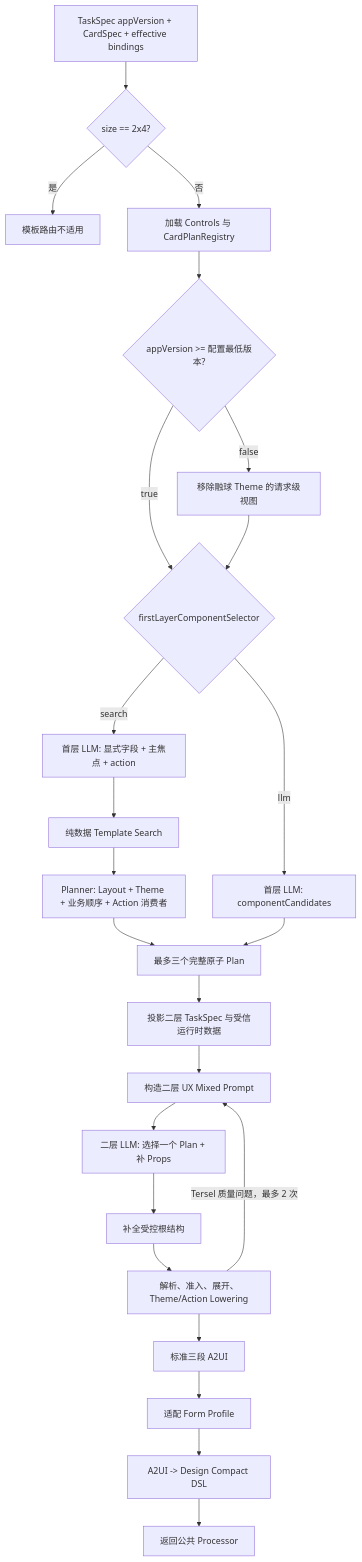
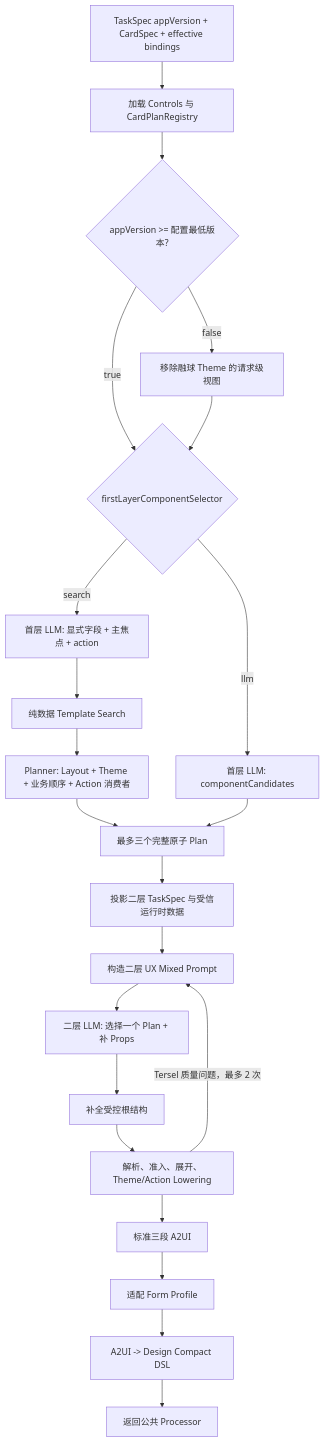
One commit to InnovationTea/CreateMyCard changed the second of 2 diagrams in widget_service/cloud/services/template_generation/docs/architecture.md. Above: the diagram before and after it, drawn with Mermaid. The commit also changed 114 other files, not shown here.

````diff
--- a/widget_service/cloud/services/template_generation/docs/architecture.md
+++ b/widget_service/cloud/services/template_generation/docs/architecture.md
@@ -63,26 +63,24 @@
 ```mermaid
 flowchart TD
-    IN[TaskSpec appVersion + CardSpec + effective bindings] --> SIZE{size == 2x4?}
-    SIZE -->|是| MISS[模板路由不适用]
-    SIZE -->|否| LOAD[加载 Controls 与 CardPlanRegistry]
+    IN[TaskSpec appVersion + CardSpec + effective bindings] --> LOAD[加载 Controls 与 CardPlanRegistry]
     LOAD --> FUSION{appVersion >= 配置最低版本?}
     FUSION -->|false| FILTER[移除融球 Theme 的请求级视图]
     FUSION -->|true| SELECTOR{firstLayerComponentSelector}
     FILTER --> SELECTOR
     SELECTOR -->|search| MARK[首层 LLM: 显式字段 + 主焦点 + action]
     MARK --> SEARCH[纯数据 Template Search]
     SEARCH --> PLAN[Planner: Layout + Theme + 业务顺序 + Action 消费者]
     SELECTOR -->|llm| LEGACY[首层 LLM: componentCandidates]
     PLAN --> COVER[最多三个完整原子 Plan]
     LEGACY --> COVER
     COVER --> PROJECT[投影二层 TaskSpec 与受信运行时数据]
     PROJECT --> PROMPT[构造二层 UX Mixed Prompt]
     PROMPT --> BODY[二层 LLM: 选择一个 Plan + 补 Props]
     BODY --> FRAME[补全受控根结构]
     FRAME --> COMPILE[解析、准入、展开、Theme/Action Lowering]
     COMPILE -->|Tersel 质量问题，最多 2 次| PROMPT
     COMPILE --> A2UI[标准三段 A2UI]
     A2UI --> ADAPT[适配 Form Profile]
     ADAPT --> ROUNDTRIP[A2UI -> Design Compact DSL]
     ROUNDTRIP --> OUT[返回公共 Processor]
 ```
````
